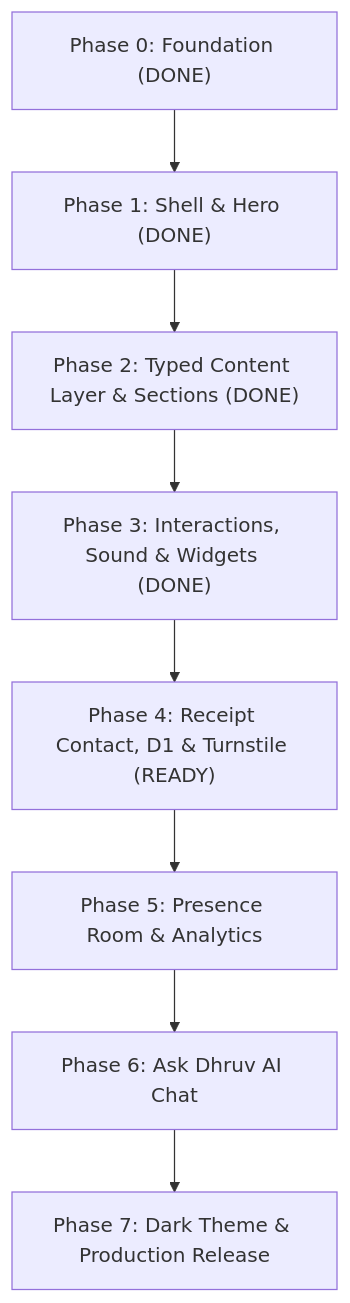
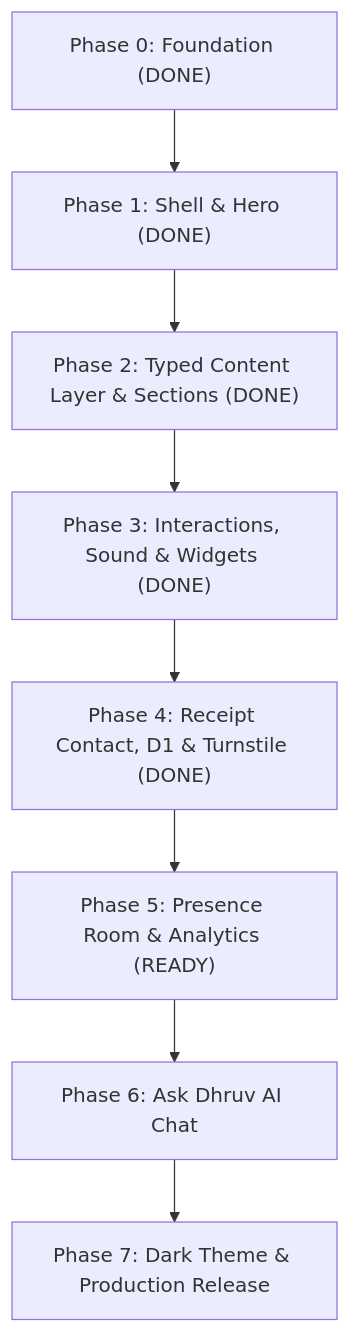
Before and after one commit to Dhruvkoshta/Portfolio-v2: the diagram in docs/PHASES.md, drawn with Mermaid. The commit also changed other lines of this file and 12 other files, not shown here.

Commit message:
feat(phase-4): integrate Cloudflare D1 messages table and thermal receipt server function

````diff
--- a/docs/PHASES.md
+++ b/docs/PHASES.md
@@ -7,10 +7,10 @@
 ```mermaid
 flowchart TD
   P0["Phase 0: Foundation (DONE)"] --> P1["Phase 1: Shell & Hero (DONE)"]
   P1 --> P2["Phase 2: Typed Content Layer & Sections (DONE)"]
   P2 --> P3["Phase 3: Interactions, Sound & Widgets (DONE)"]
-  P3 --> P4["Phase 4: Receipt Contact, D1 & Turnstile (READY)"]
-  P4 --> P5["Phase 5: Presence Room & Analytics"]
+  P3 --> P4["Phase 4: Receipt Contact, D1 & Turnstile (DONE)"]
+  P4 --> P5["Phase 5: Presence Room & Analytics (READY)"]
   P5 --> P6["Phase 6: Ask Dhruv AI Chat"]
   P6 --> P7["Phase 7: Dark Theme & Production Release"]
 ```
````
